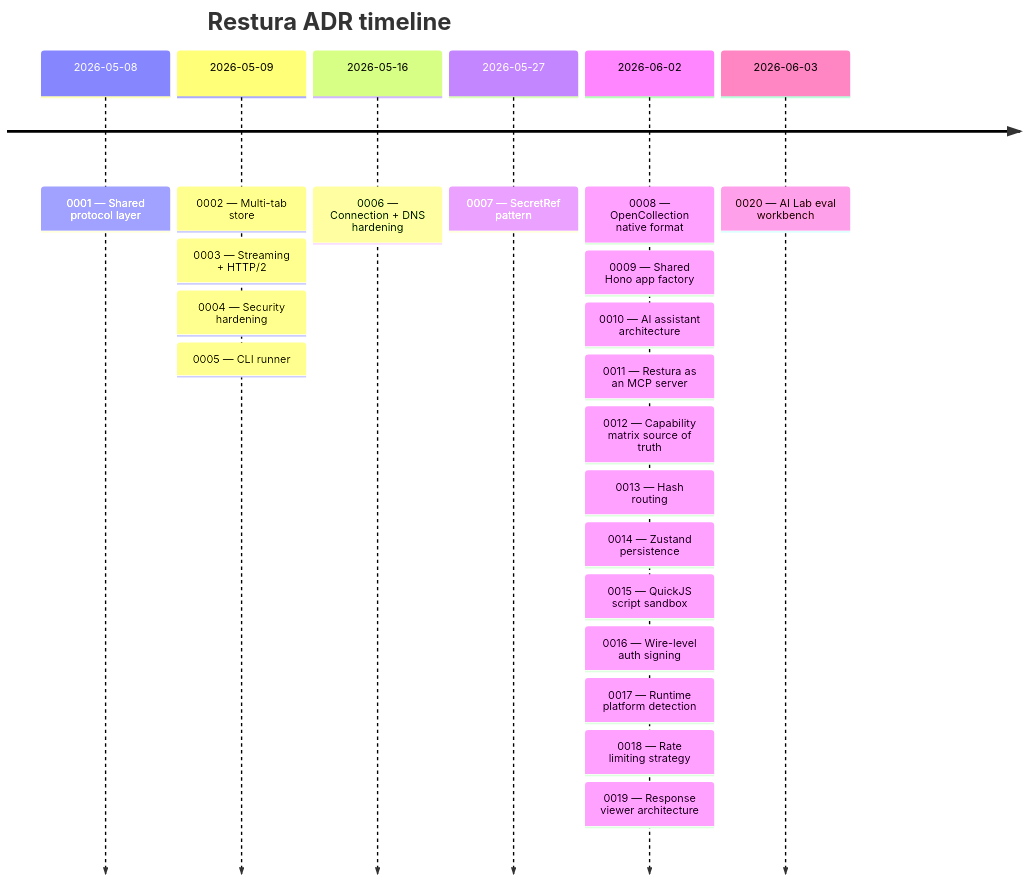
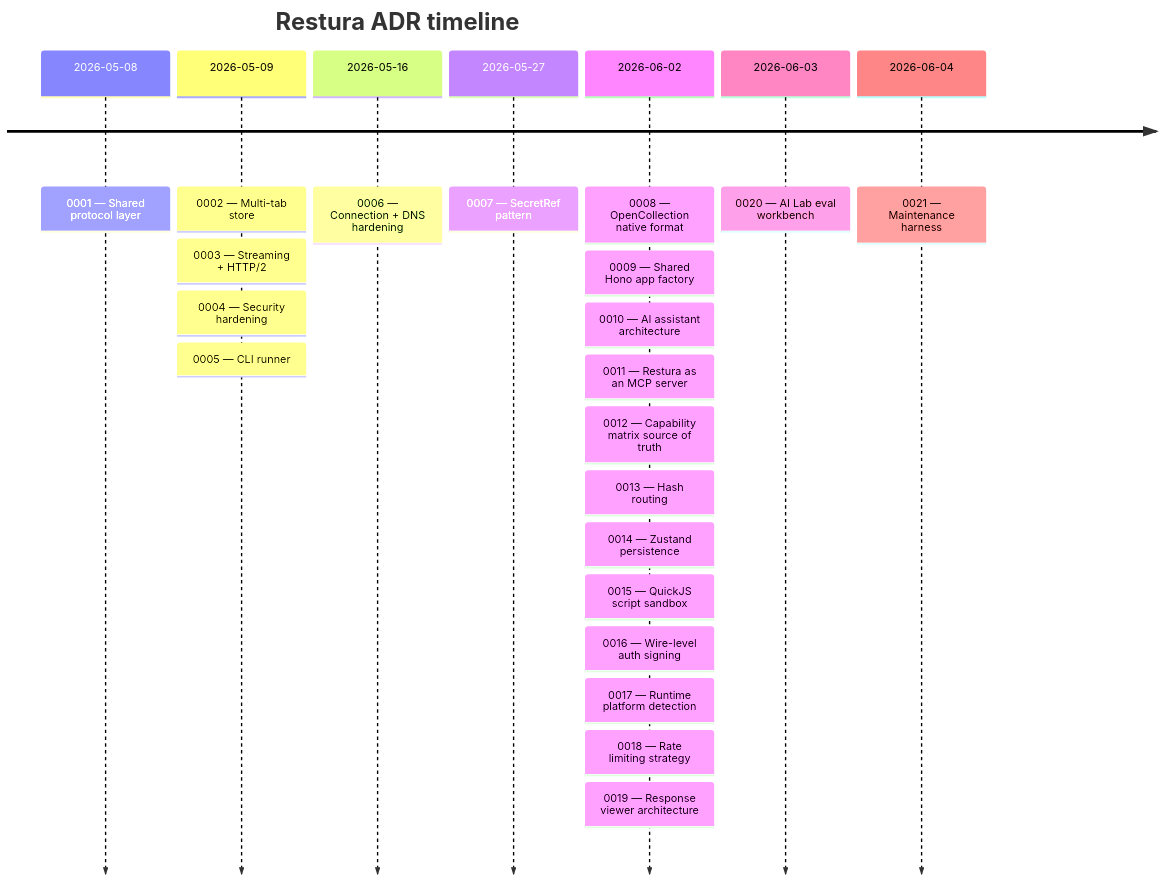
The diagram in docs-site/src/content/docs/architecture/adrs.mdx (dipjyotimetia/restura), drawn with Mermaid before and after one commit. The commit also changed other lines of this file and 18 other files, not shown here.

````diff
--- a/docs-site/src/content/docs/architecture/adrs.mdx
+++ b/docs-site/src/content/docs/architecture/adrs.mdx
@@ -10,24 +10,25 @@
 ```mermaid
 timeline
   title Restura ADR timeline
   2026-05-08 : 0001 — Shared protocol layer
   2026-05-09 : 0002 — Multi-tab store
              : 0003 — Streaming + HTTP/2
              : 0004 — Security hardening
              : 0005 — CLI runner
   2026-05-16 : 0006 — Connection + DNS hardening
   2026-05-27 : 0007 — SecretRef pattern
   2026-06-02 : 0008 — OpenCollection native format
              : 0009 — Shared Hono app factory
              : 0010 — AI assistant architecture
              : 0011 — Restura as an MCP server
              : 0012 — Capability matrix source of truth
              : 0013 — Hash routing
              : 0014 — Zustand persistence
              : 0015 — QuickJS script sandbox
              : 0016 — Wire-level auth signing
              : 0017 — Runtime platform detection
              : 0018 — Rate limiting strategy
              : 0019 — Response viewer architecture
   2026-06-03 : 0020 — AI Lab eval workbench
+  2026-06-04 : 0021 — Maintenance harness
 ```
````
